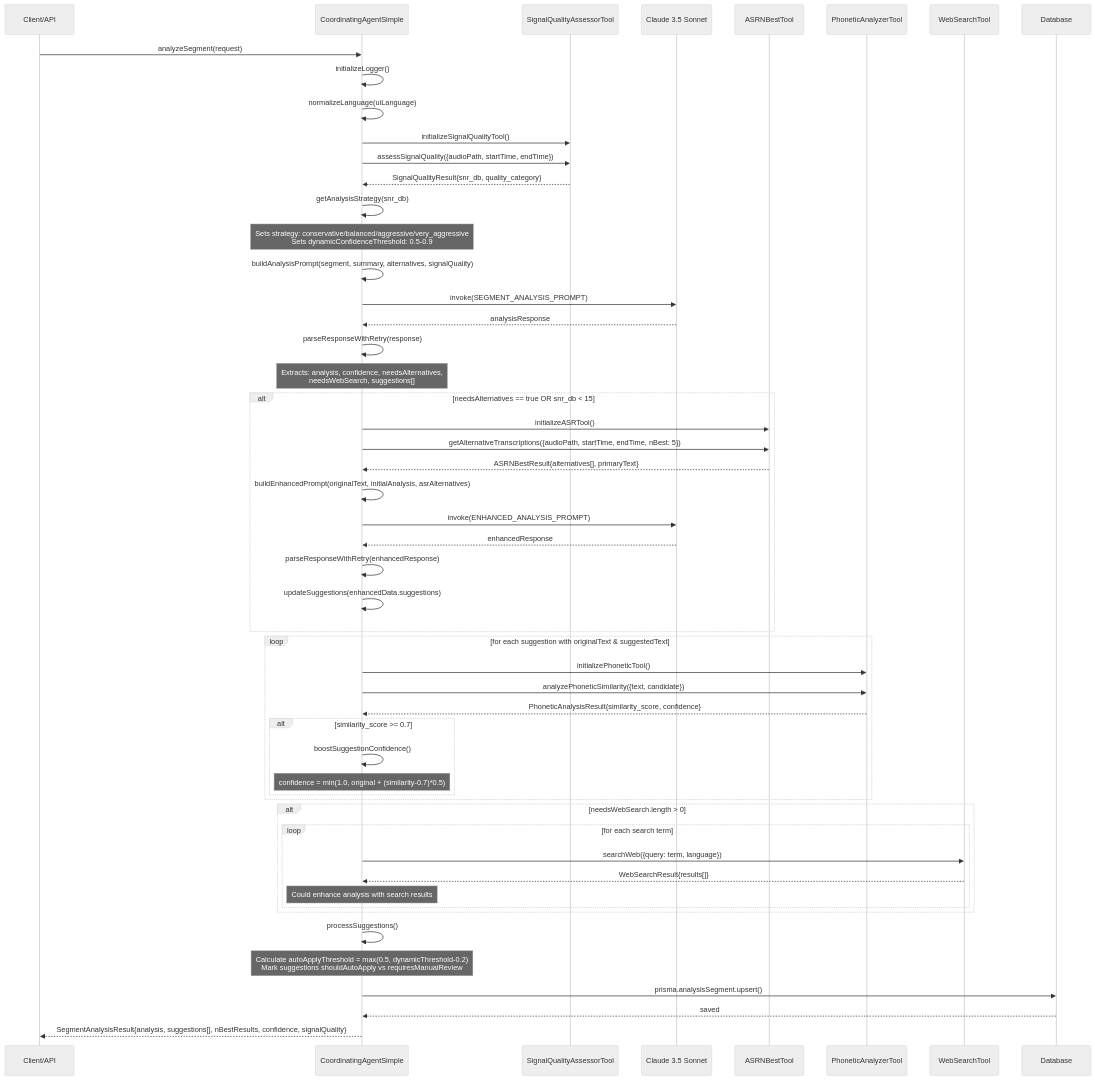
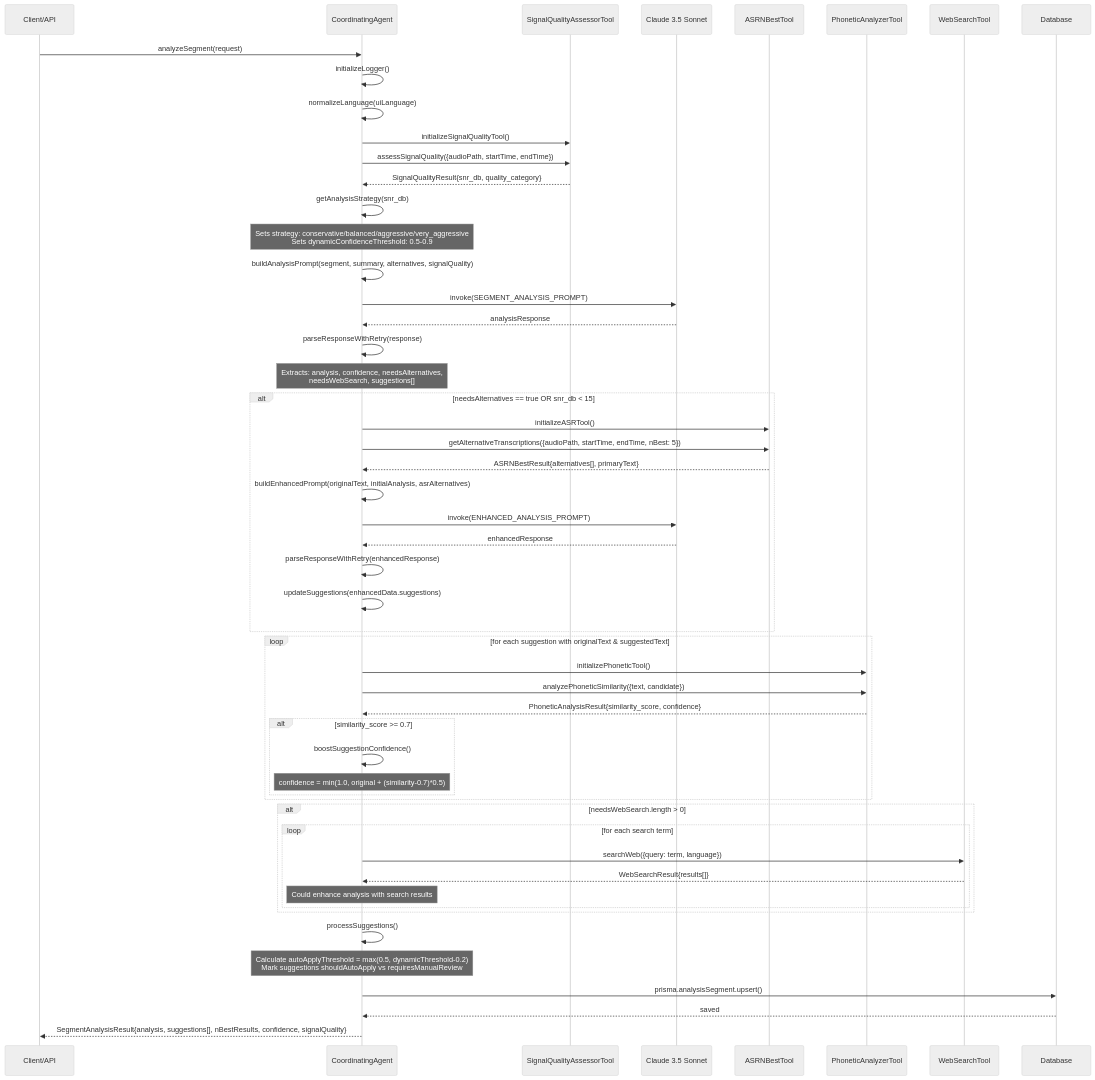
The diagram in AGENT_ANALYSIS.md (taltechnlp/est-asr-ui), drawn with Mermaid (neutral theme) before and after one commit. The commit also changed other lines of this file and 8 other files, not shown here.

First line of the commit message:
refactor: rename CoordinatingAgentSimple to CoordinatingAgent

````diff
--- a/AGENT_ANALYSIS.md
+++ b/AGENT_ANALYSIS.md
@@ -124,74 +124,74 @@
 ```mermaid
 sequenceDiagram
     participant Client as Client/API
-    participant Agent as CoordinatingAgentSimple
+    participant Agent as CoordinatingAgent
     participant SQA as SignalQualityAssessorTool
     participant LLM as Claude 3.5 Sonnet
     participant ASR as ASRNBestTool
     participant PA as PhoneticAnalyzerTool
     participant WS as WebSearchTool
     participant DB as Database
 
     Client->>Agent: analyzeSegment(request)
     Agent->>Agent: initializeLogger()
     Agent->>Agent: normalizeLanguage(uiLanguage)
     
     %% Step 1: Signal Quality Assessment
     Agent->>SQA: initializeSignalQualityTool()
     Agent->>SQA: assessSignalQuality({audioPath, startTime, endTime})
     SQA-->>Agent: SignalQualityResult{snr_db, quality_category}
     Agent->>Agent: getAnalysisStrategy(snr_db)
     Note over Agent: Sets strategy: conservative/balanced/aggressive/very_aggressive<br/>Sets dynamicConfidenceThreshold: 0.5-0.9
 
     %% Step 2: Initial LLM Analysis
     Agent->>Agent: buildAnalysisPrompt(segment, summary, alternatives, signalQuality)
     Agent->>LLM: invoke(SEGMENT_ANALYSIS_PROMPT)
     LLM-->>Agent: analysisResponse
     Agent->>Agent: parseResponseWithRetry(response)
     Note over Agent: Extracts: analysis, confidence, needsAlternatives,<br/>needsWebSearch, suggestions[]
 
     %% Decision Point 1: ASR N-Best needed?
     alt needsAlternatives == true OR snr_db < 15
         Agent->>ASR: initializeASRTool()
         Agent->>ASR: getAlternativeTranscriptions({audioPath, startTime, endTime, nBest: 5})
         ASR-->>Agent: ASRNBestResult{alternatives[], primaryText}
         
         %% Enhanced Analysis with ASR
         Agent->>Agent: buildEnhancedPrompt(originalText, initialAnalysis, asrAlternatives)
         Agent->>LLM: invoke(ENHANCED_ANALYSIS_PROMPT)
         LLM-->>Agent: enhancedResponse
         Agent->>Agent: parseResponseWithRetry(enhancedResponse)
         Agent->>Agent: updateSuggestions(enhancedData.suggestions)
     end
 
     %% Step 3: Phonetic Analysis
     loop for each suggestion with originalText & suggestedText
         Agent->>PA: initializePhoneticTool()
         Agent->>PA: analyzePhoneticSimilarity({text, candidate})
         PA-->>Agent: PhoneticAnalysisResult{similarity_score, confidence}
         
         alt similarity_score >= 0.7
             Agent->>Agent: boostSuggestionConfidence()
             Note over Agent: confidence = min(1.0, original + (similarity-0.7)*0.5)
         end
     end
 
     %% Decision Point 2: Web Search needed?
     alt needsWebSearch.length > 0
         loop for each search term
             Agent->>WS: searchWeb({query: term, language})
             WS-->>Agent: WebSearchResult{results[]}
             Note over Agent: Could enhance analysis with search results
         end
     end
 
     %% Step 4: Process Suggestions
     Agent->>Agent: processSuggestions()
     Note over Agent: Calculate autoApplyThreshold = max(0.5, dynamicThreshold-0.2)<br/>Mark suggestions shouldAutoApply vs requiresManualReview
 
     %% Step 5: Save Results
     Agent->>DB: prisma.analysisSegment.upsert()
     DB-->>Agent: saved
     
     Agent-->>Client: SegmentAnalysisResult{analysis, suggestions[], nBestResults, confidence, signalQuality}
 ```
````
